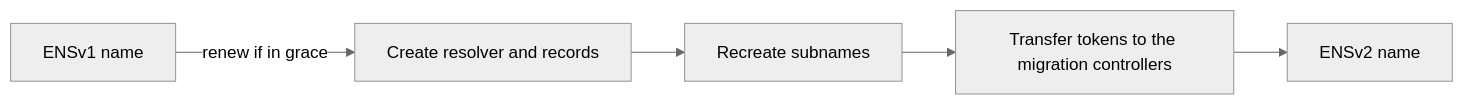
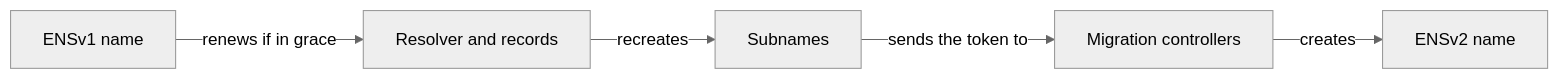
The diagram in apps/docs/content/docs/sdk/(upgrading)/move-a-name-to-ensv2.mdx (thenamespace/ensforge), drawn with Mermaid (neutral theme) before and after one commit. The commit also changed other lines of this file and 60 other files, not shown here.

Commit message:
docs(sdk): tighten descriptions, fix examples, diagrams and names for 1.0.1

````diff
--- a/apps/docs/content/docs/sdk/(upgrading)/move-a-name-to-ensv2.mdx
+++ b/apps/docs/content/docs/sdk/(upgrading)/move-a-name-to-ensv2.mdx
@@ -31,7 +31,7 @@
 ```mermaid
 flowchart LR
-  A[ENSv1 name] -->|renew if in grace| B[Create resolver and records]
-  B --> C[Recreate subnames]
-  C --> D[Transfer tokens to the migration controllers]
-  D --> E[ENSv2 name]
+  A[ENSv1 name] -->|renews if in grace| B[Resolver and records]
+  B -->|recreates| C[Subnames]
+  C -->|sends the token to| D[Migration controllers]
+  D -->|creates| E[ENSv2 name]
 ```
````
